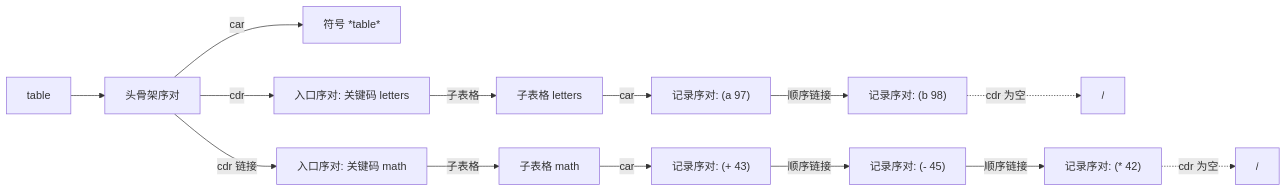
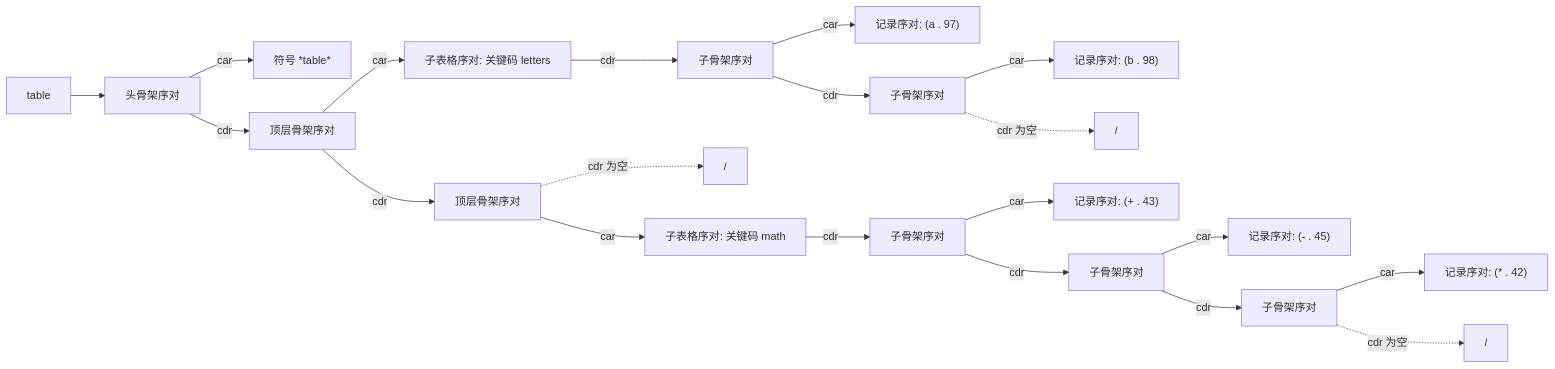
Diagram 22 of 36 in books/structure-and-interpretation-of-computer-programs/03-第3章-模块化对象和状态.md (xiehanff/trans-books-city), drawn with Mermaid before and after one commit. The commit also changed other lines of this file and 80 other files, not shown here.

````diff
--- a/books/structure-and-interpretation-of-computer-programs/03-第3章-模块化对象和状态.md
+++ b/books/structure-and-interpretation-of-computer-programs/03-第3章-模块化对象和状态.md
@@ -1573,16 +1577,22 @@
 ```mermaid
 flowchart LR
     T["table"] --> H["头骨架序对"]
     H -->|"car"| ST["符号 *table*"]
-    H -->|"cdr"| E1["入口序对: 关键码 letters"]
-    E1 -->|"子表格"| S1["子表格 letters"]
-    S1 -->|"car"| R1["记录序对: (a 97)"]
-    R1 -->|"顺序链接"| R2["记录序对: (b 98)"]
-    R2 -.->|"cdr 为空"| N1["/"]
-    H -->|"cdr 链接"| E2["入口序对: 关键码 math"]
-    E2 -->|"子表格"| S2["子表格 math"]
-    S2 -->|"car"| R3["记录序对: (+ 43)"]
-    R3 -->|"顺序链接"| R4["记录序对: (- 45)"]
-    R4 -->|"顺序链接"| R5["记录序对: (* 42)"]
-    R5 -.->|"cdr 为空"| N2["/"]
+    H -->|"cdr"| E1["顶层骨架序对"]
+    E1 -->|"car"| S1["子表格序对: 关键码 letters"]
+    E1 -->|"cdr"| E2["顶层骨架序对"]
+    E2 -->|"car"| S2["子表格序对: 关键码 math"]
+    E2 -.->|"cdr 为空"| N0["/"]
+    S1 -->|"cdr"| P1["子骨架序对"]
+    P1 -->|"car"| R1["记录序对: (a . 97)"]
+    P1 -->|"cdr"| P2["子骨架序对"]
+    P2 -->|"car"| R2["记录序对: (b . 98)"]
+    P2 -.->|"cdr 为空"| N1["/"]
+    S2 -->|"cdr"| P3["子骨架序对"]
+    P3 -->|"car"| R3["记录序对: (+ . 43)"]
+    P3 -->|"cdr"| P4["子骨架序对"]
+    P4 -->|"car"| R4["记录序对: (- . 45)"]
+    P4 -->|"cdr"| P5["子骨架序对"]
+    P5 -->|"car"| R5["记录序对: (* . 42)"]
+    P5 -.->|"cdr 为空"| N2["/"]
 ```
````
